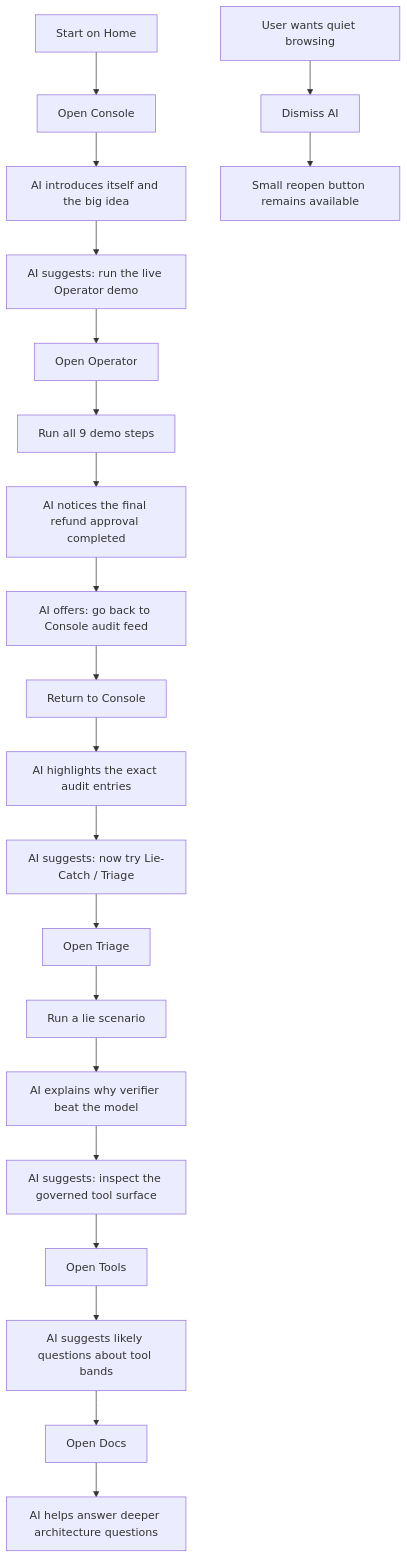
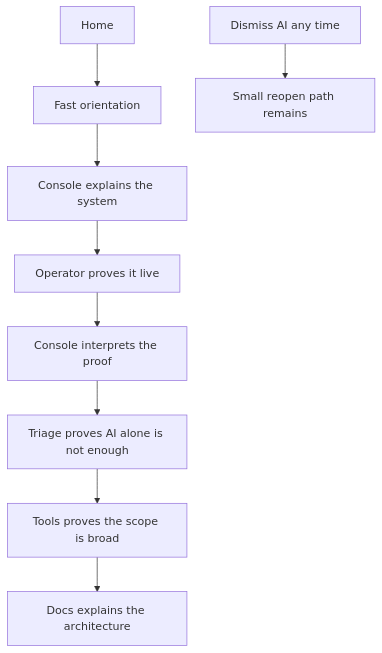
The third of 3 diagrams in docs/SITE-FLOWCHART.md (KeyArgo/custodian-kernel), drawn with Mermaid before and after one commit. The commit also changed other lines of this file and 9 other files, not shown here.

````diff
--- a/docs/SITE-FLOWCHART.md
+++ b/docs/SITE-FLOWCHART.md
@@ -94,24 +73,11 @@
 ```mermaid
 flowchart TD
-    A[Start on Home] --> B[Open Console]
-    B --> C[AI introduces itself and the big idea]
-    C --> D[AI suggests: run the live Operator demo]
-    D --> E[Open Operator]
-    E --> F[Run all 9 demo steps]
-    F --> G[AI notices the final refund approval completed]
-    G --> H[AI offers: go back to Console audit feed]
-    H --> I[Return to Console]
-    I --> J[AI highlights the exact audit entries]
-    J --> K[AI suggests: now try Lie-Catch / Triage]
-    K --> L[Open Triage]
-    L --> M[Run a lie scenario]
-    M --> N[AI explains why verifier beat the model]
-    N --> O[AI suggests: inspect the governed tool surface]
-    O --> P[Open Tools]
-    P --> Q[AI suggests likely questions about tool bands]
-    Q --> R[Open Docs]
-    R --> S[AI helps answer deeper architecture questions]
-
-    U[User wants quiet browsing] --> V[Dismiss AI]
-    V --> W[Small reopen button remains available]
+    A[Home] --> B[Fast orientation]
+    B --> C[Console explains the system]
+    C --> D[Operator proves it live]
+    D --> E[Console interprets the proof]
+    E --> F[Triage proves AI alone is not enough]
+    F --> G[Tools proves the scope is broad]
+    G --> H[Docs explains the architecture]
+    I[Dismiss AI any time] --> J[Small reopen path remains]
 ```
````
